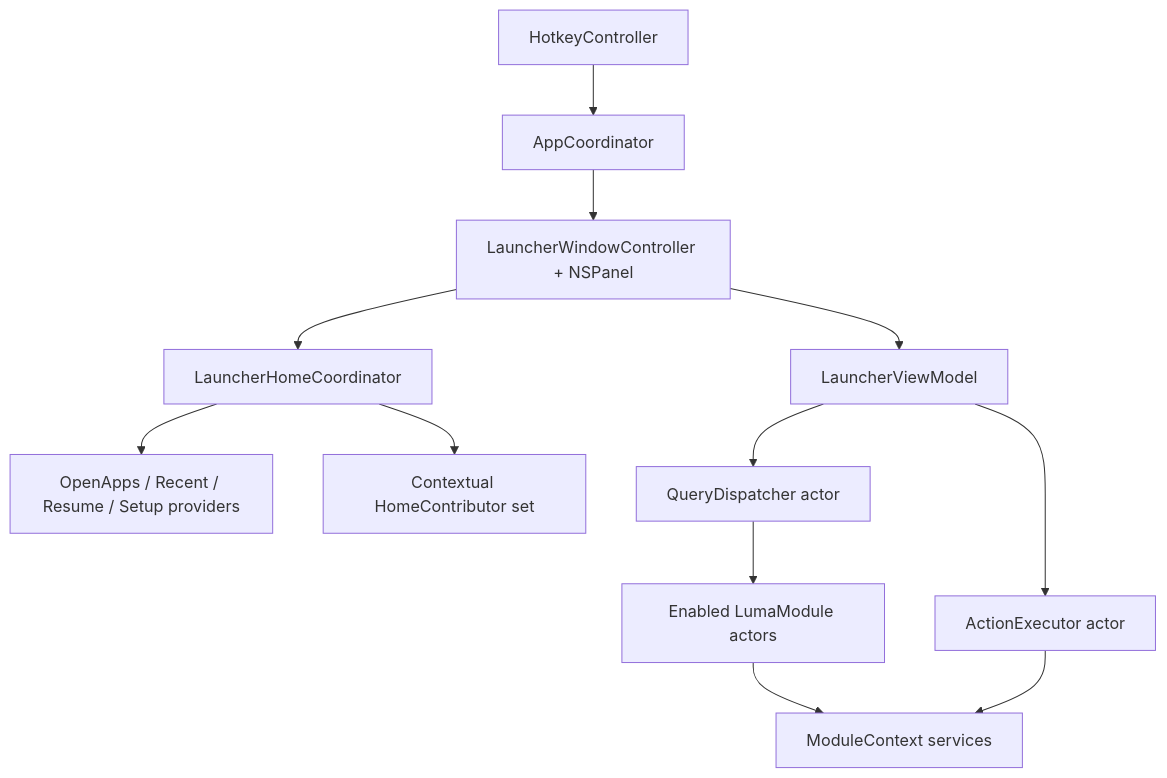
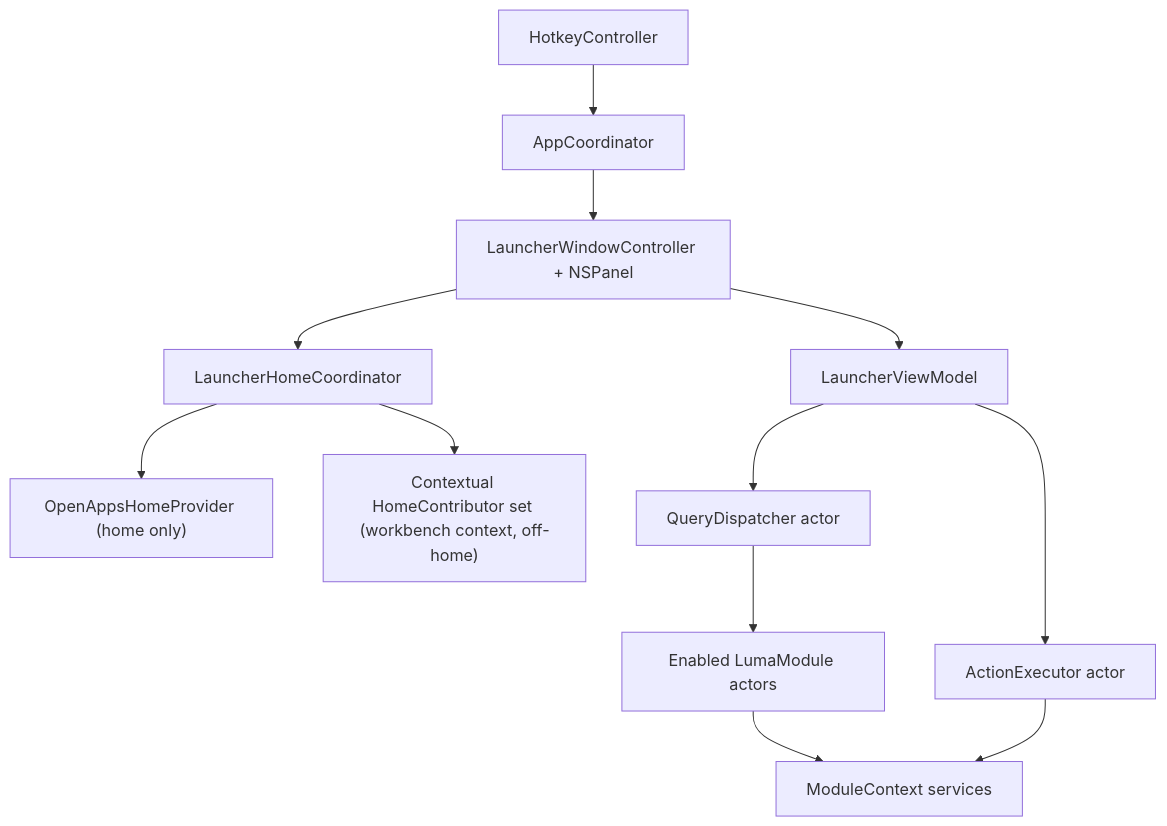
One commit to dyxnb22/Luma changed the first of 2 diagrams in docs/ARCHITECTURE.md. Above: the diagram before and after it, drawn with Mermaid. The commit also changed other lines of this file and 61 other files, not shown here.

First line of the commit message:
Freeze launcher home to Open Apps and harden panel geometry/navigation.

````diff
--- a/docs/ARCHITECTURE.md
+++ b/docs/ARCHITECTURE.md
@@ -7,14 +9,14 @@
 ```mermaid
 flowchart TD
     Hotkey["HotkeyController"] --> Coordinator["AppCoordinator"]
     Coordinator --> Panel["LauncherWindowController + NSPanel"]
     Panel --> VM["LauncherViewModel"]
     Panel --> Home["LauncherHomeCoordinator"]
-    Home --> Providers["OpenApps / Recent / Resume / Setup providers"]
-    Home --> Contributors["Contextual HomeContributor set"]
+    Home --> Providers["OpenAppsHomeProvider (home only)"]
+    Home --> Contributors["Contextual HomeContributor set (workbench context, off-home)"]
     VM --> Dispatcher["QueryDispatcher actor"]
     Dispatcher --> Modules["Enabled LumaModule actors"]
     Modules --> Services["ModuleContext services"]
     VM --> Executor["ActionExecutor actor"]
     Executor --> Services
 ```
````
